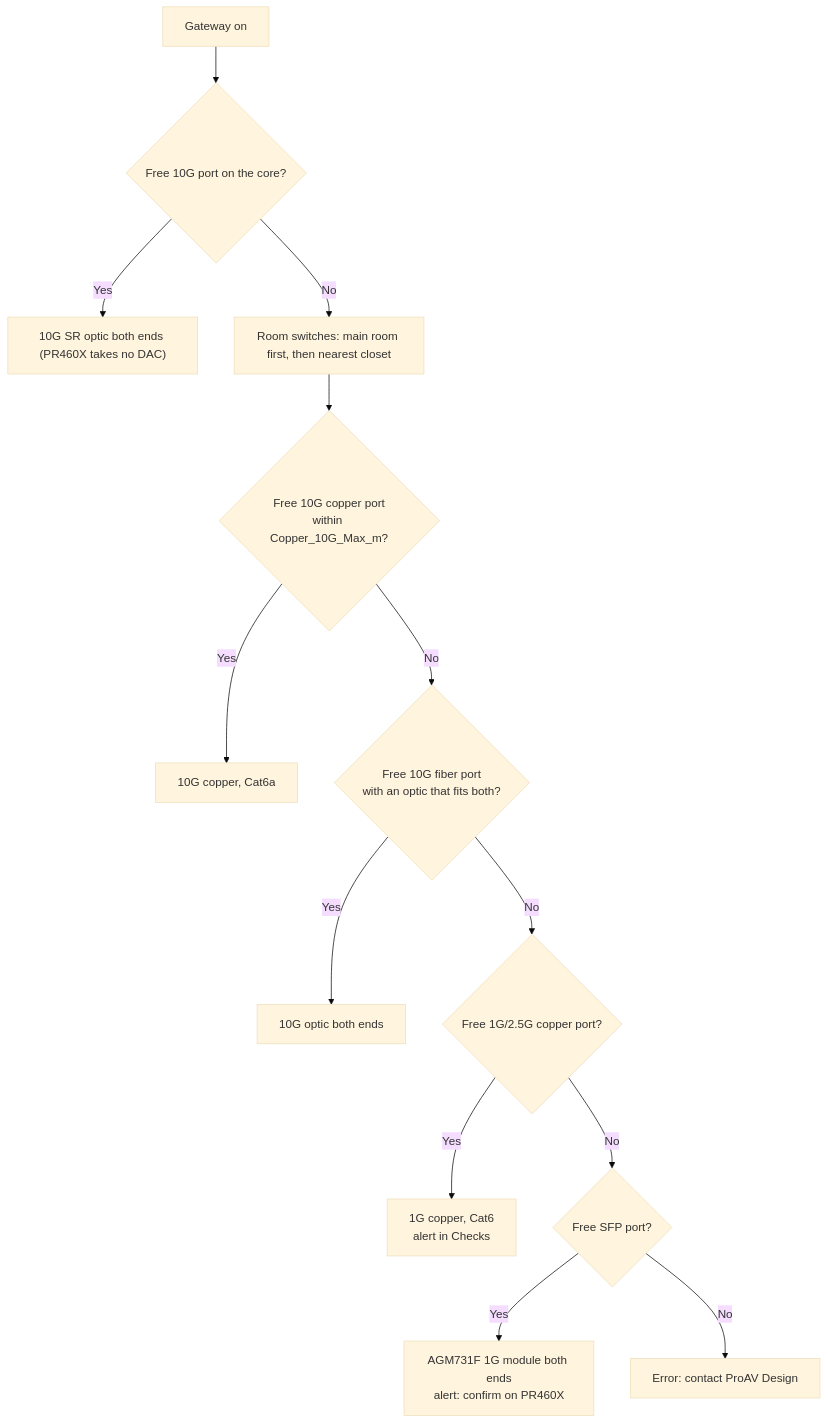
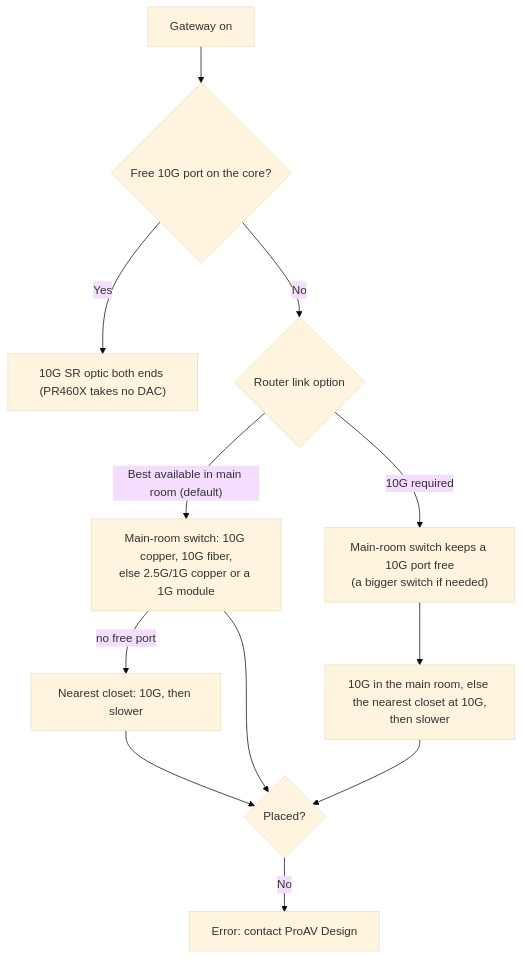
One commit to MichaelDNTGR/ntgr-bom-public changed the fifth of 5 diagrams in docs/design-logic.md. Above: the diagram before and after it, drawn with Mermaid (base theme). The commit also changed other lines of this file and 38 other files, not shown here.

First line of the commit message:
Keep the router in the main room and add a 10G-required option

````diff
--- a/docs/design-logic.md
+++ b/docs/design-logic.md
@@ -206,15 +206,14 @@
 ```mermaid
 flowchart TD
     A["Gateway on"] --> B{"Free 10G port on the core?"}
     B -- Yes --> C["10G SR optic both ends (PR460X takes no DAC)"]
-    B -- No --> D["Room switches: main room first, then nearest closet"]
-    D --> E{"Free 10G copper port<br/>within Copper_10G_Max_m?"}
-    E -- Yes --> F["10G copper, Cat6a"]
-    E -- No --> G{"Free 10G fiber port<br/>with an optic that fits both?"}
-    G -- Yes --> H["10G optic both ends"]
-    G -- No --> I{"Free 1G/2.5G copper port?"}
-    I -- Yes --> J["1G copper, Cat6<br/>alert in Checks"]
-    I -- No --> K{"Free SFP port?"}
-    K -- Yes --> L["AGM731F 1G module both ends<br/>alert: confirm on PR460X"]
-    K -- No --> M["Error: contact ProAV Design"]
+    B -- No --> M{"Router link option"}
+    M -- "Best available in main room (default)" --> D["Main-room switch: 10G copper, 10G fiber,<br/>else 2.5G/1G copper or a 1G module"]
+    D -- "no free port" --> E["Nearest closet: 10G, then slower"]
+    M -- "10G required" --> F["Main-room switch keeps a 10G port free<br/>(a bigger switch if needed)"]
+    F --> G["10G in the main room, else the nearest closet at 10G,<br/>then slower"]
+    E --> X{"Placed?"}
+    G --> X
+    D --> X
+    X -- No --> Z["Error: contact ProAV Design"]
 ```
````
